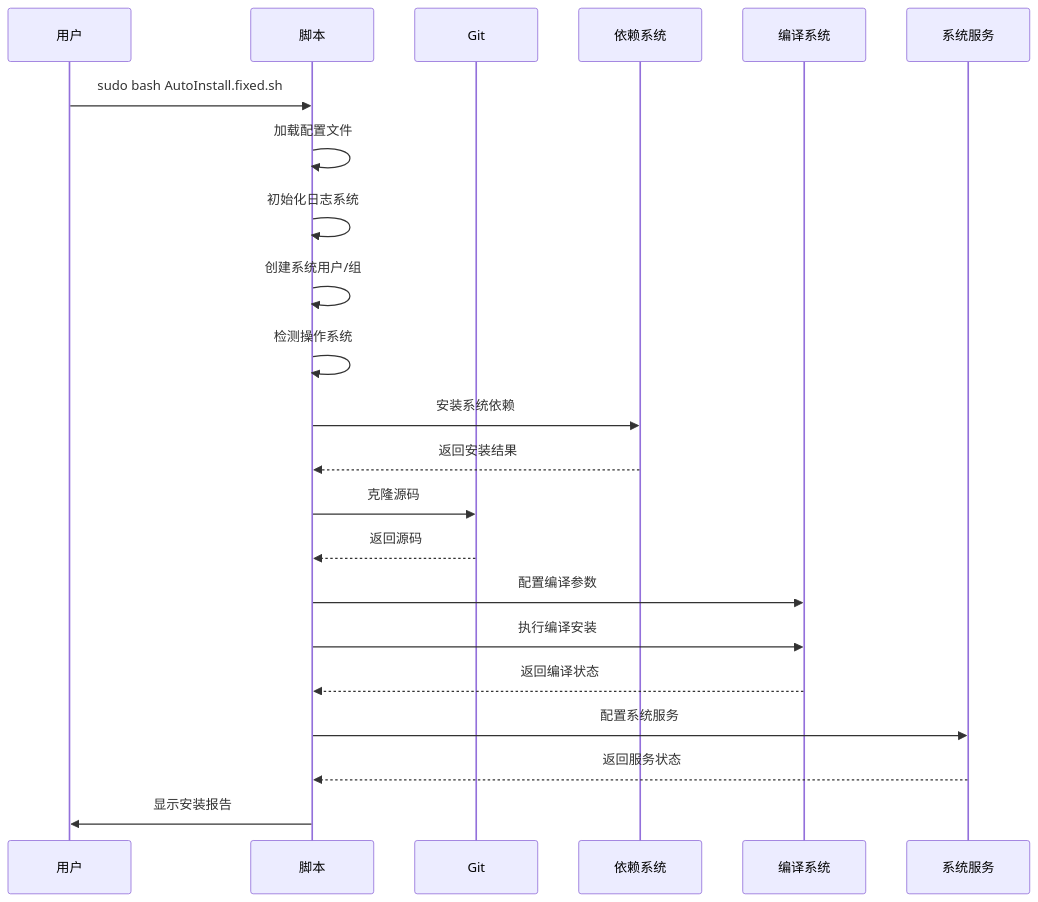
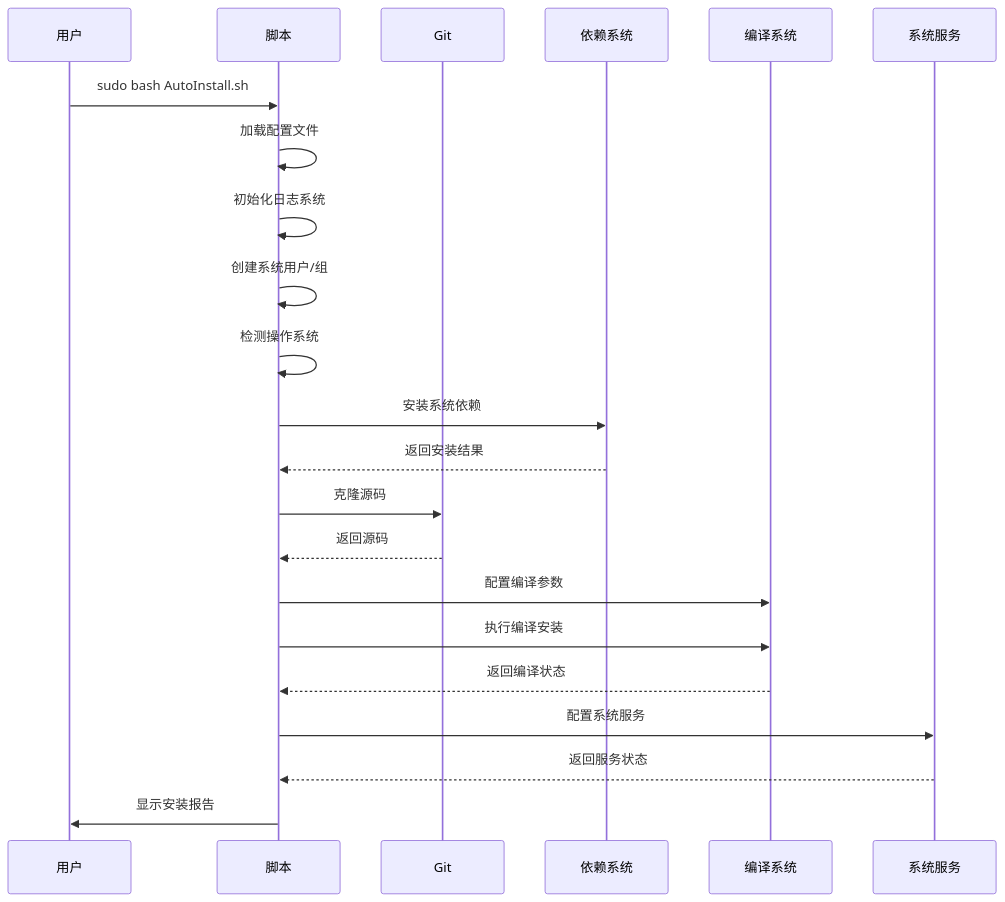
One commit to yangchunwanwusheng/IvorySQL-AutoInstaller changed the fourth of 4 diagrams in README.md. Above: the diagram before and after it, drawn with Mermaid. The commit also changed other lines of this file, not shown here.

````diff
--- a/README.md
+++ b/README.md
@@ -1041,25 +1068,25 @@
 ```mermaid
 sequenceDiagram
     participant U as 用户
     participant S as 脚本
     participant G as Git
     participant D as 依赖系统
     participant C as 编译系统
     participant Sys as 系统服务
 
-    U->>S: sudo bash AutoInstall.fixed.sh
+    U->>S: sudo bash AutoInstall.sh
     S->>S: 加载配置文件
     S->>S: 初始化日志系统
     S->>S: 创建系统用户/组
     S->>S: 检测操作系统
     S->>D: 安装系统依赖
     D-->>S: 返回安装结果
     S->>G: 克隆源码
     G-->>S: 返回源码
     S->>C: 配置编译参数
     S->>C: 执行编译安装
     C-->>S: 返回编译状态
     S->>Sys: 配置系统服务
     Sys-->>S: 返回服务状态
     S->>U: 显示安装报告
 ```
````
